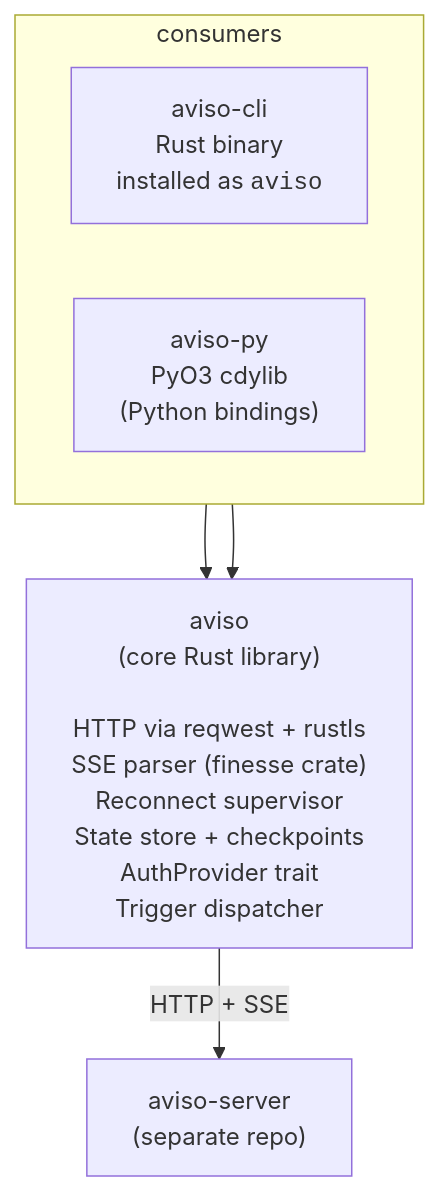
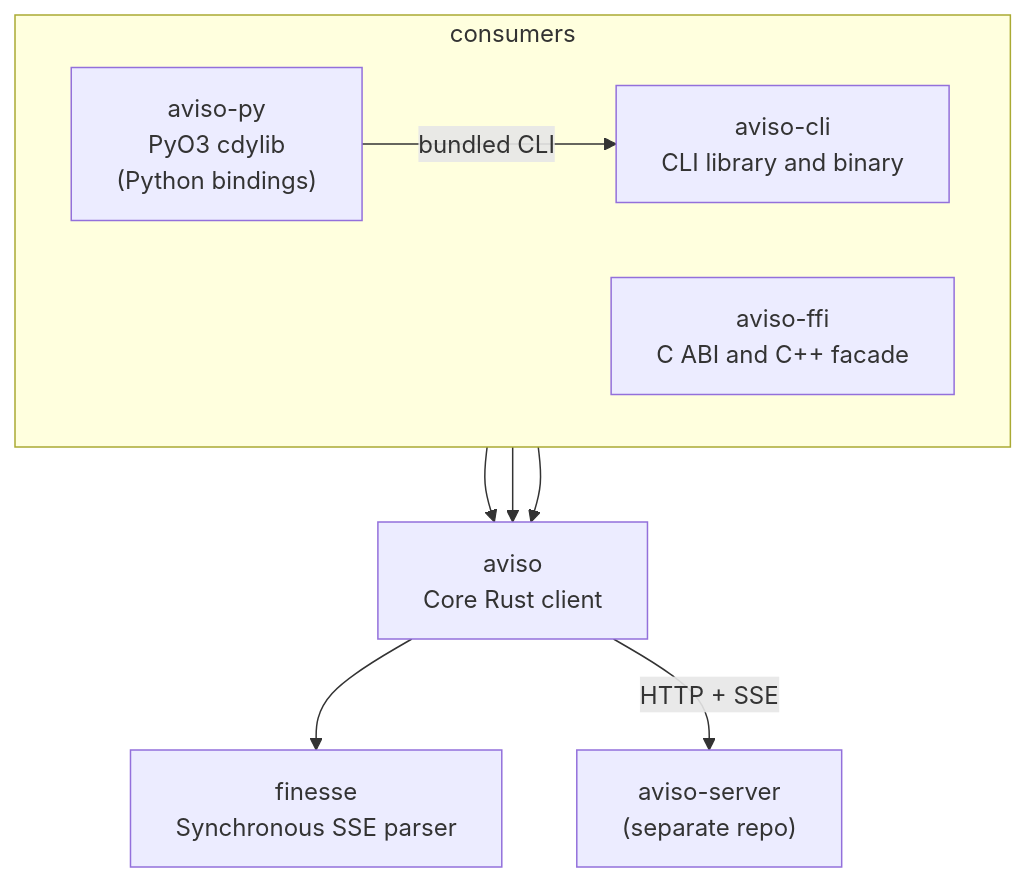
The diagram in docs/src/developers/architecture.md (ecmwf/aviso-client), drawn with Mermaid before and after one commit. The commit also changed other lines of this file, not shown here.

Commit message:
docs: correct client crate architecture

````diff
--- a/docs/src/developers/architecture.md
+++ b/docs/src/developers/architecture.md
@@ -7,16 +11,21 @@
 ```mermaid
 flowchart TB
     subgraph consumers["consumers"]
         direction LR
-        cli["aviso-cli<br/>Rust binary<br/>installed as <tt>aviso</tt>"]
+        cli["aviso-cli<br/>CLI library and binary"]
         py["aviso-py<br/>PyO3 cdylib<br/>(Python bindings)"]
+        ffi["aviso-ffi<br/>C ABI and C++ facade"]
     end
 
-    core["aviso<br/>(core Rust library)<br/><br/>HTTP via reqwest + rustls<br/>SSE parser (finesse crate)<br/>Reconnect supervisor<br/>State store + checkpoints<br/>AuthProvider trait<br/>Trigger dispatcher"]
+    core["aviso<br/>Core Rust client"]
+    parser["finesse<br/>Synchronous SSE parser"]
 
     server["aviso-server<br/>(separate repo)"]
 
     cli --> core
     py --> core
+    py -- bundled CLI --> cli
+    ffi --> core
+    core --> parser
     core -- HTTP + SSE --> server
 ```
````
